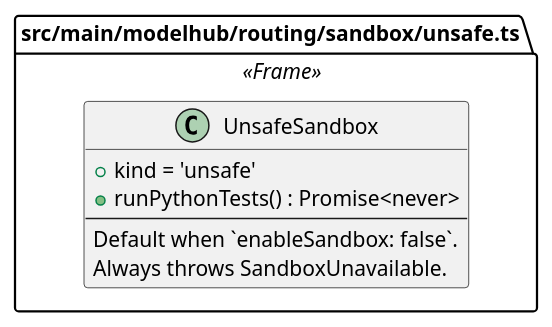
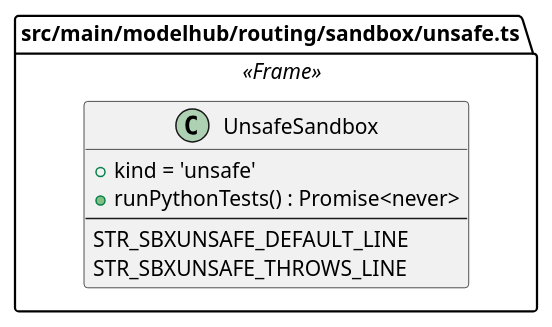
One commit to Syphys/maestria changed the diagram in docs/en/_includes/classes/sandbox-unsafe.iuml. Above: the diagram before and after it, drawn with PlantUML. The commit also changed 159 other files, not shown here.

```diff
--- a/docs/en/_includes/classes/sandbox-unsafe.iuml
+++ b/docs/en/_includes/classes/sandbox-unsafe.iuml
@@ -1,13 +1,13 @@
 ' Partial — UnsafeSandbox provider (the opt-in-off default).
 ' Source: src/main/modelhub/routing/sandbox/unsafe.ts.
 
 package "src/main/modelhub/routing/sandbox/unsafe.ts" <<Frame>> as PKG_SBX_UNSAFE {
 
   class UnsafeSandbox {
     + kind = 'unsafe'
     + runPythonTests() : Promise<never>
     --
-    Default when `enableSandbox: false`.
-    Always throws SandboxUnavailable.
+    STR_SBXUNSAFE_DEFAULT_LINE
+    STR_SBXUNSAFE_THROWS_LINE
   }
 }
```
